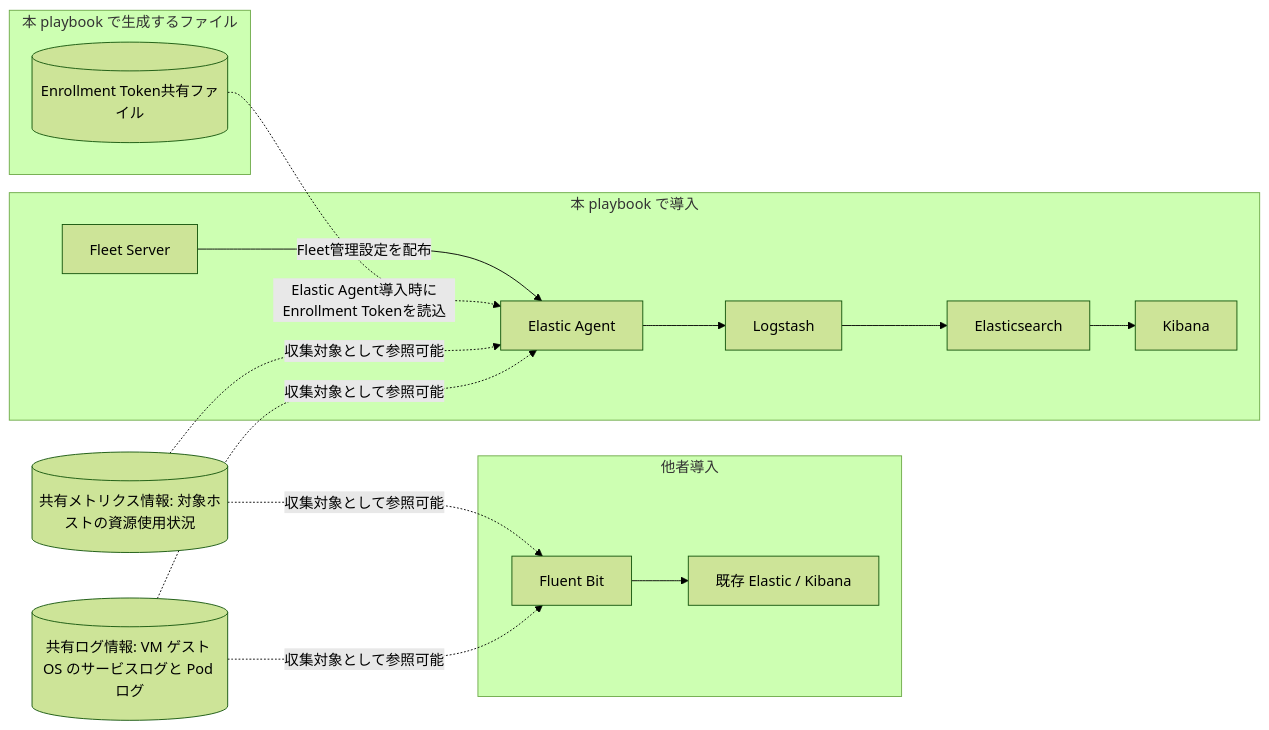
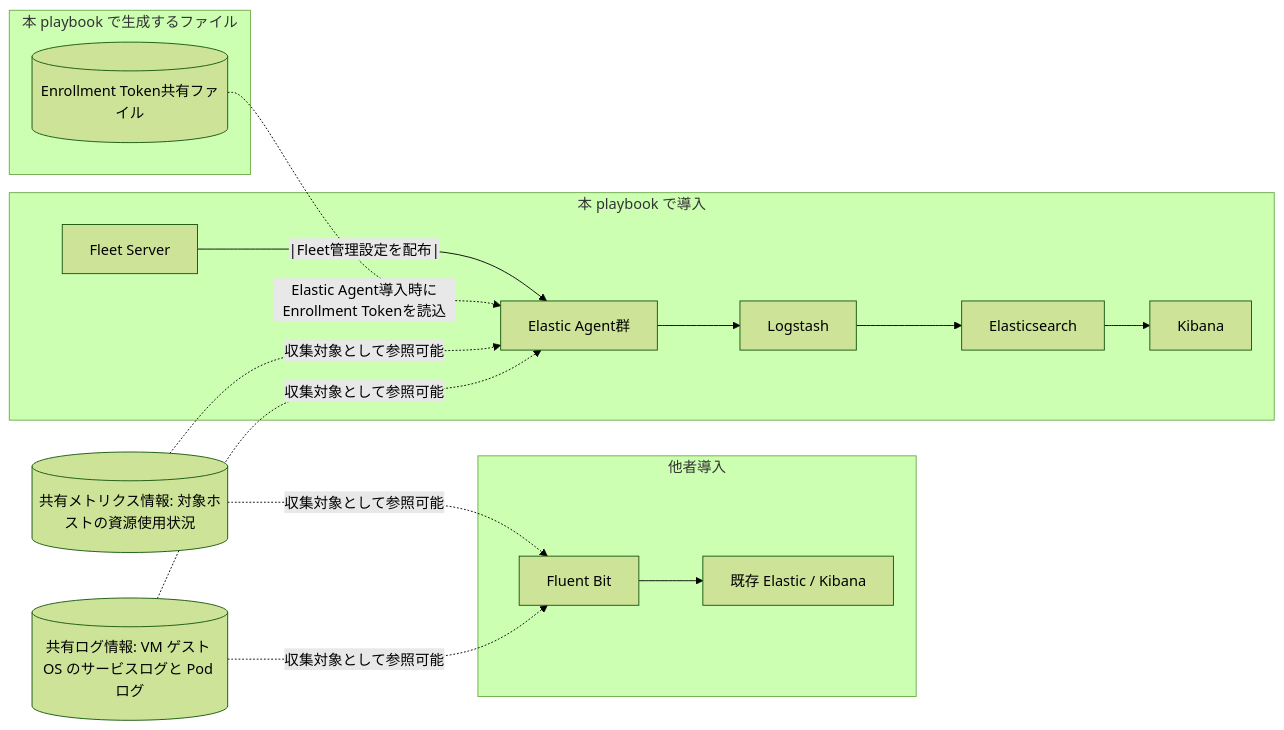
The first of 2 diagrams in roles/elasticsearch/Readme.md (takeharukato/ansible-linux-setup), drawn with Mermaid (forest theme) before and after one commit. The commit also changed other lines of this file and 1 other file, not shown here.

Commit message:
修正概要: トップディレクトリのReadme.md, ElasticsearchのReadme.mdの図版を更新。

````diff
--- a/roles/elasticsearch/Readme.md
+++ b/roles/elasticsearch/Readme.md
@@ -310,33 +310,33 @@
 ```mermaid
 flowchart LR
   LOG_SRC[(共有ログ情報: VM ゲスト OS のサービスログと Pod ログ)]
   METRIC_SRC[(共有メトリクス情報: 対象ホストの資源使用状況)]
 
   subgraph other[他者導入]
     FBIT[Fluent Bit]
     EOLD[既存 Elastic / Kibana]
   end
 
   subgraph this[本 playbook で導入]
     ES[Elasticsearch]
     KB[Kibana]
     LS[Logstash]
     FS[Fleet Server]
-    COL[Elastic Agent]
+    COL[Elastic Agent群]
   end
 
   subgraph files[本 playbook で生成するファイル]
     TOKEN_FILE[(Enrollment Token共有ファイル)]
   end
 
   LOG_SRC -. 収集対象として参照可能 .-> COL
   LOG_SRC -. 収集対象として参照可能 .-> FBIT
   METRIC_SRC -. 収集対象として参照可能 .-> FBIT
   METRIC_SRC -. 収集対象として参照可能 .-> COL
   TOKEN_FILE -. Elastic Agent導入時にEnrollment Tokenを読込 .-> COL
-  FS -->|Fleet管理設定を配布| COL
+  FS --|Fleet管理設定を配布| --> COL
   COL --> LS
   LS --> ES
   ES --> KB
   FBIT --> EOLD
 ```
````
